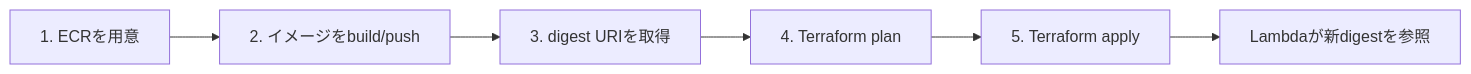
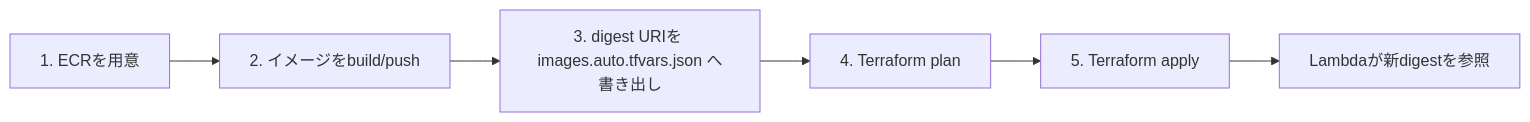
The first of 3 diagrams in docs/06_AWSデプロイ手順.md (Equ1N-0-X/lambda-runtime-lab), drawn with Mermaid before and after one commit. The commit also changed other lines of this file and 47 other files, not shown here.

````diff
--- a/docs/06_AWSデプロイ手順.md
+++ b/docs/06_AWSデプロイ手順.md
@@ -7,8 +7,8 @@
 ```mermaid
 flowchart LR
   A[1. ECRを用意] --> B[2. イメージをbuild/push]
-  B --> C[3. digest URIを取得]
+  B --> C[3. digest URIを images.auto.tfvars.json へ書き出し]
   C --> D[4. Terraform plan]
   D --> E[5. Terraform apply]
   E --> F[Lambdaが新digestを参照]
 ```
````
